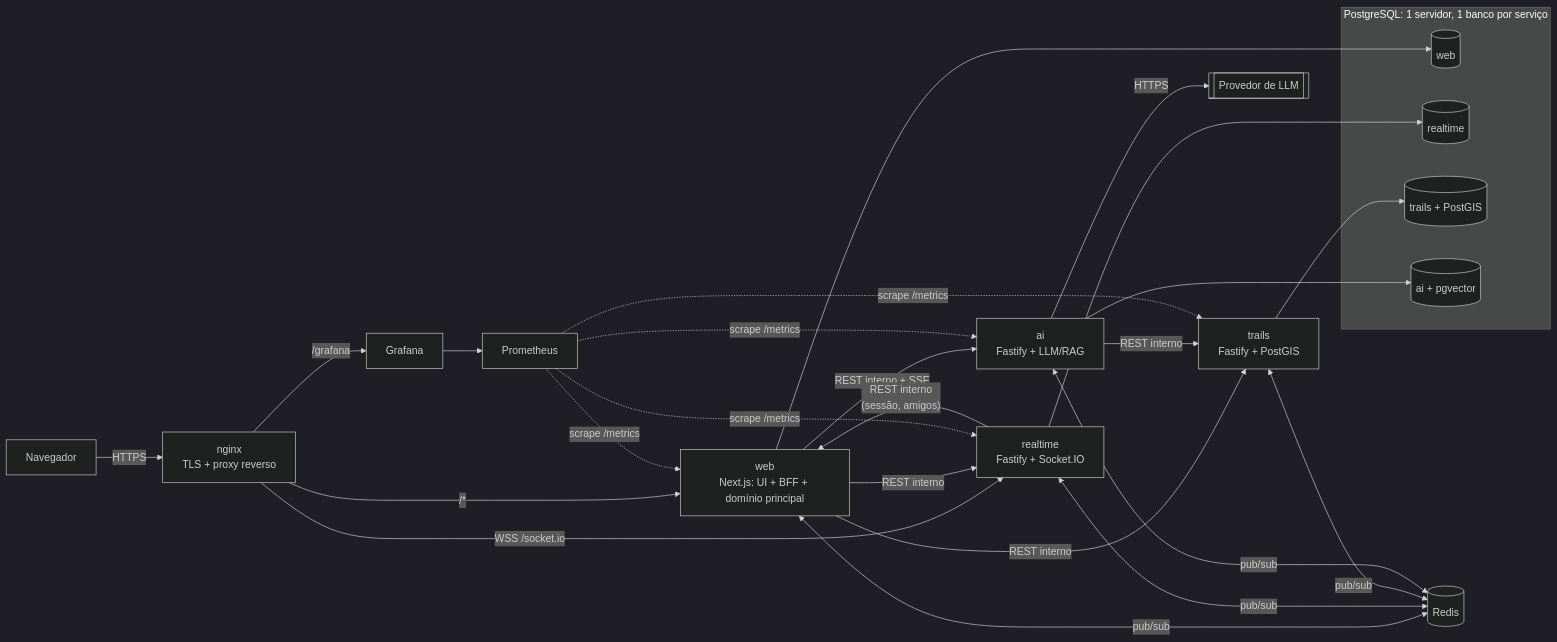
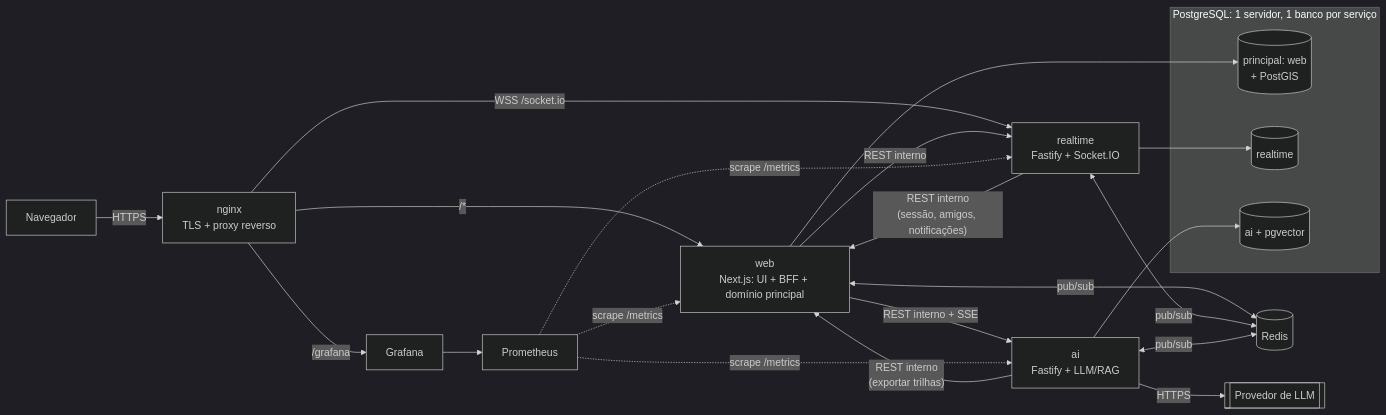
Before and after one commit to eduardo-keller/transcendence_trail_app: the second of 5 diagrams in docs/ARCHITECTURE.md, drawn with Mermaid (dark theme). The commit also changed other lines of this file and 24 other files, not shown here.

````diff
--- a/docs/ARCHITECTURE.md
+++ b/docs/ARCHITECTURE.md
@@ -24,26 +25,23 @@
 ```mermaid
 flowchart LR
   B[Navegador] -- HTTPS --> N[nginx<br/>TLS + proxy reverso]
   N -- "/*" --> W[web<br/>Next.js: UI + BFF + domínio principal]
   N -- "WSS /socket.io" --> R[realtime<br/>Fastify + Socket.IO]
   N -- "/grafana" --> G[Grafana]
-  W -- REST interno --> T[trails<br/>Fastify + PostGIS]
   W -- "REST interno + SSE" --> A[ai<br/>Fastify + LLM/RAG]
   W -- REST interno --> R
-  R -- "REST interno<br/>(sessão, amigos)" --> W
-  A -- REST interno --> T
-  W & R & T & A <-- "pub/sub" --> Q[(Redis)]
+  R -- "REST interno<br/>(sessão, amigos, notificações)" --> W
+  A -- "REST interno<br/>(exportar trilhas)" --> W
+  W & R & A <-- "pub/sub" --> Q[(Redis)]
   subgraph PG [PostgreSQL: 1 servidor, 1 banco por serviço]
-    DBW[(web)]
+    DBW[(principal: web<br/>+ PostGIS)]
     DBR[(realtime)]
-    DBT[(trails + PostGIS)]
     DBA[(ai + pgvector)]
   end
   W --> DBW
   R --> DBR
-  T --> DBT
   A --> DBA
   A -- HTTPS --> LLM[[Provedor de LLM]]
-  P[Prometheus] -. "scrape /metrics" .-> W & R & T & A
+  P[Prometheus] -. "scrape /metrics" .-> W & R & A
   G --> P
 ```
````
